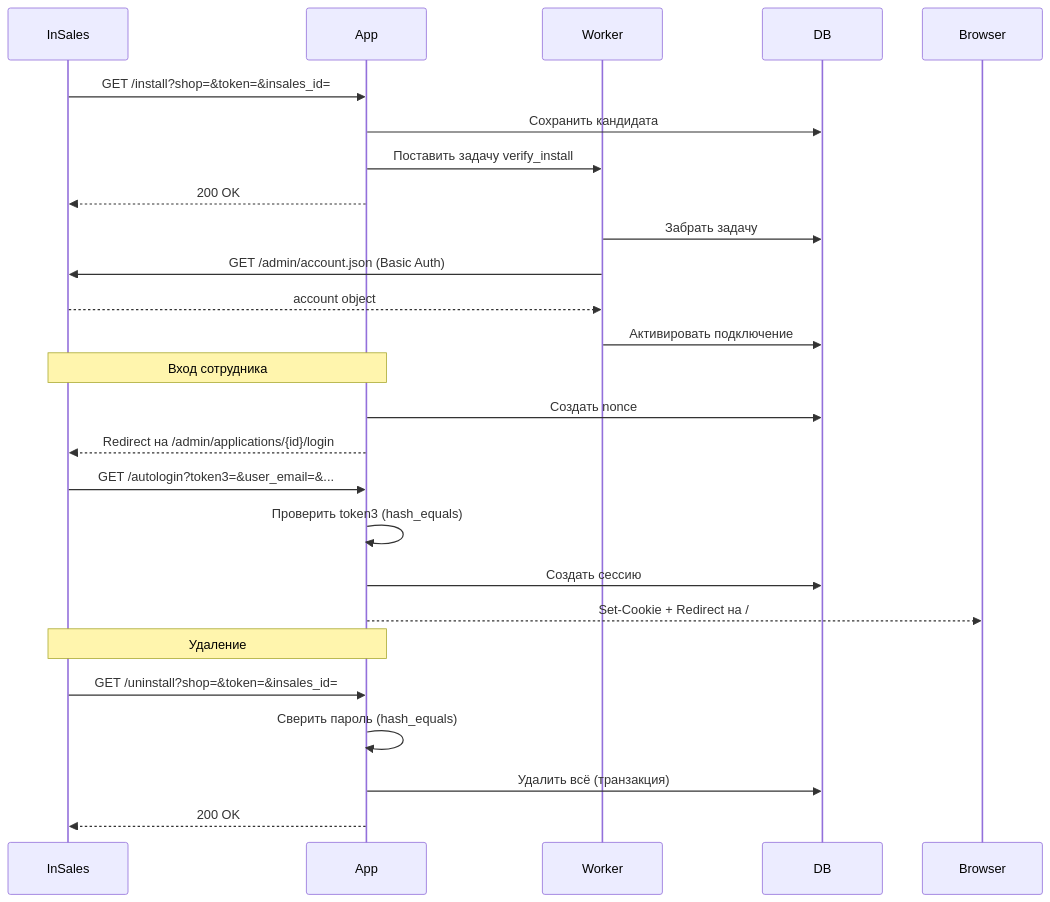
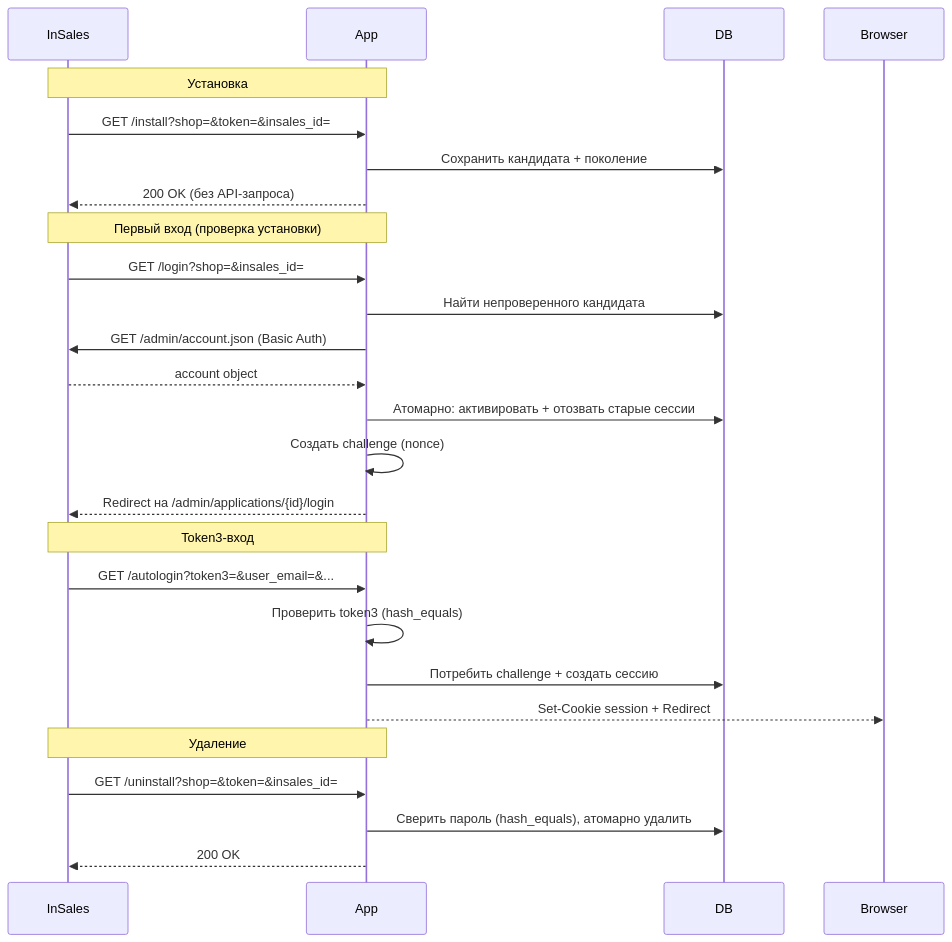
Before and after one commit to VladimirIvanin/insales_app_php: the diagram in README.md, drawn with Mermaid. The commit also changed other lines of this file and 22 other files, not shown here.

First line of the commit message:
feat: упрощение заготовки — синхронная проверка в /login, удаление worker

````diff
--- a/README.md
+++ b/README.md
@@ -90,33 +84,35 @@
 ```mermaid
 sequenceDiagram
     participant InSales
     participant App
-    participant Worker
     participant DB
 
+    Note over InSales,App: Установка
+
     InSales->>App: GET /install?shop=&token=&insales_id=
-    App->>DB: Сохранить кандидата
-    App->>Worker: Поставить задачу verify_install
-    App-->>InSales: 200 OK
+    App->>DB: Сохранить кандидата + поколение
+    App-->>InSales: 200 OK (без API-запроса)
 
-    Worker->>DB: Забрать задачу
-    Worker->>InSales: GET /admin/account.json (Basic Auth)
-    InSales-->>Worker: account object
-    Worker->>DB: Активировать подключение
+    Note over InSales,App: Первый вход (проверка установки)
 
-    Note over App,InSales: Вход сотрудника
+    InSales->>App: GET /login?shop=&insales_id=
+    App->>DB: Найти непроверенного кандидата
+    App->>InSales: GET /admin/account.json (Basic Auth)
+    InSales-->>App: account object
+    App->>DB: Атомарно: активировать + отозвать старые сессии
+    App->>App: Создать challenge (nonce)
+    App-->>InSales: Redirect на /admin/applications/{id}/login
 
-    App->>DB: Создать nonce
-    App-->>InSales: Redirect на /admin/applications/{id}/login
+    Note over InSales,App: Token3-вход
+
     InSales->>App: GET /autologin?token3=&user_email=&...
     App->>App: Проверить token3 (hash_equals)
-    App->>DB: Создать сессию
-    App-->>Browser: Set-Cookie + Redirect на /
+    App->>DB: Потребить challenge + создать сессию
+    App-->>Browser: Set-Cookie session + Redirect
 
-    Note over App,InSales: Удаление
+    Note over InSales,App: Удаление
 
     InSales->>App: GET /uninstall?shop=&token=&insales_id=
-    App->>App: Сверить пароль (hash_equals)
-    App->>DB: Удалить всё (транзакция)
+    App->>DB: Сверить пароль (hash_equals), атомарно удалить
     App-->>InSales: 200 OK
 ```
````
